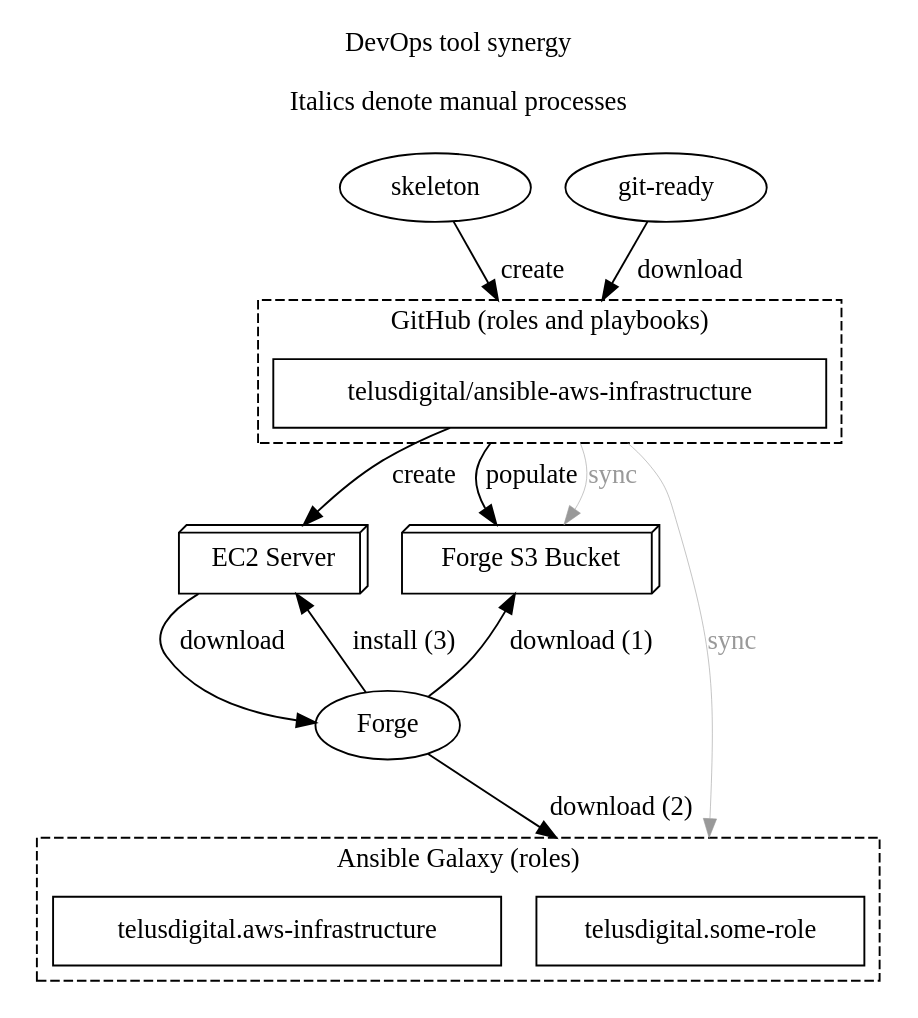
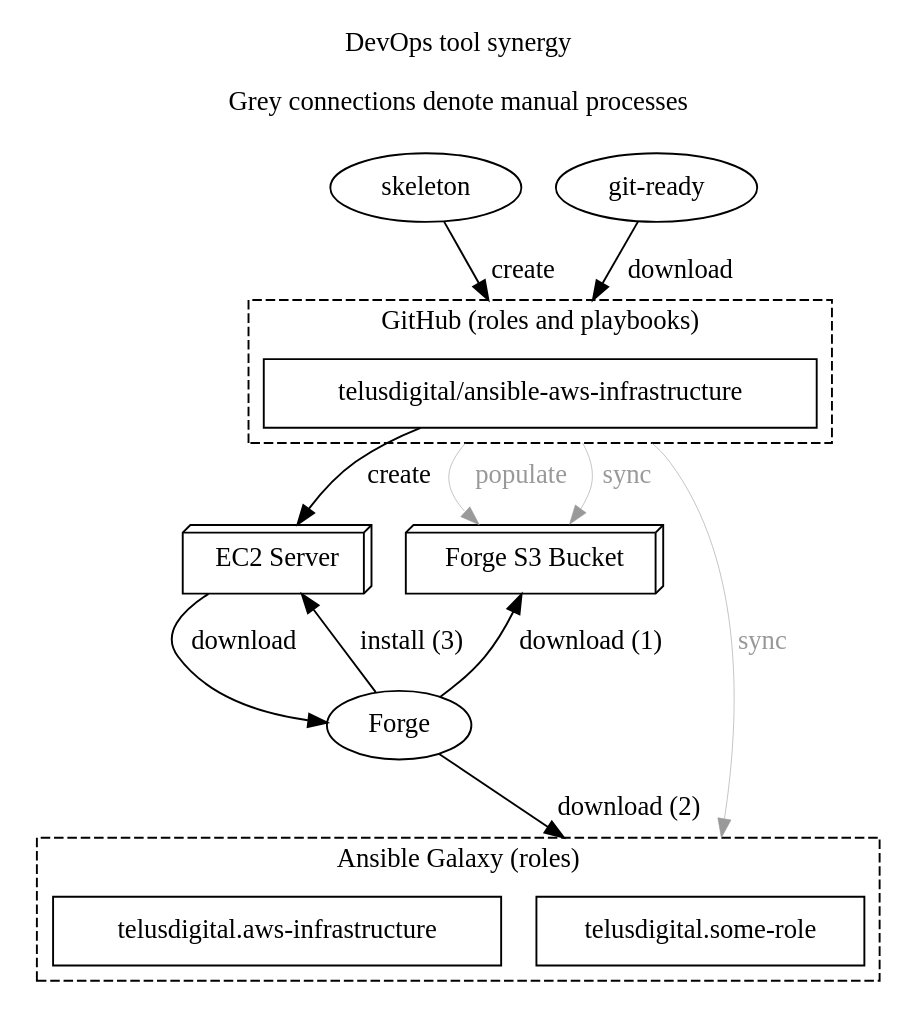
One commit to noqcks/noob-101 changed the diagram in content/synergy.dot. Above: the diagram before and after it, drawn with Graphviz. The commit also changed 1 other file, not shown here.

```diff
--- a/content/synergy.dot
+++ b/content/synergy.dot
@@ -1,38 +1,38 @@
 digraph architecture {
-  label="DevOps tool synergy\n\nItalics denote manual processes\n "
+  label="DevOps tool synergy\n\nGrey connections denote manual processes\n "
   labelloc="top"
   compound="true"
 
   skeleton [label="skeleton"]
   git [label="git-ready"]
   ec2 [label="EC2 Server",shape="box3d"]
   s3 [label="Forge S3 Bucket",shape="box3d"]
   forge [label="Forge"]
 
   subgraph cluster_github {
     label="GitHub (roles and playbooks)"
     style="dashed"
     infrastructure [label="telusdigital/ansible-aws-infrastructure",shape="box"]
   }
 
   subgraph cluster_galaxy {
     label="Ansible Galaxy (roles)"
     style="dashed"
     roles [label="telusdigital.some-role",shape="box"]
     galaxy_infrastructure [label="telusdigital.aws-infrastructure",shape="box"]
   }
 
   skeleton->infrastructure [label="create",lhead="cluster_github"]
   git->infrastructure [label="download",lhead="cluster_github"]
   infrastructure->ec2 [label="create"]
   ec2->forge [label="download"]
-  infrastructure->s3 [label=" populate ",fontname="times italic",ltail="cluster_github"]
   forge->s3 [label="download (1)"]
   forge->roles [label="download (2)",lhead="cluster_galaxy"]
   forge->ec2 [label="install (3)"]
 
-  infrastructure->roles [label="sync",fontname="times italic",ltail="cluster_github",lhead="cluster_galaxy",penwidth=0.3,color="#999999",fontcolor="#999999"]
-  infrastructure->s3 [label=" sync",fontname="times italic",ltail="cluster_github",penwidth=0.3,color="#999999",fontcolor="#999999"]
+  infrastructure->s3 [label=" populate ",ltail="cluster_github",penwidth=0.3,color="#999999",fontcolor="#999999"]
+  infrastructure->roles [label="sync",ltail="cluster_github",lhead="cluster_galaxy",penwidth=0.3,color="#999999",fontcolor="#999999"]
+  infrastructure->s3 [label=" sync",ltail="cluster_github",penwidth=0.3,color="#999999",fontcolor="#999999"]
 
   { rank=same; ec2 s3 }
 }
```
